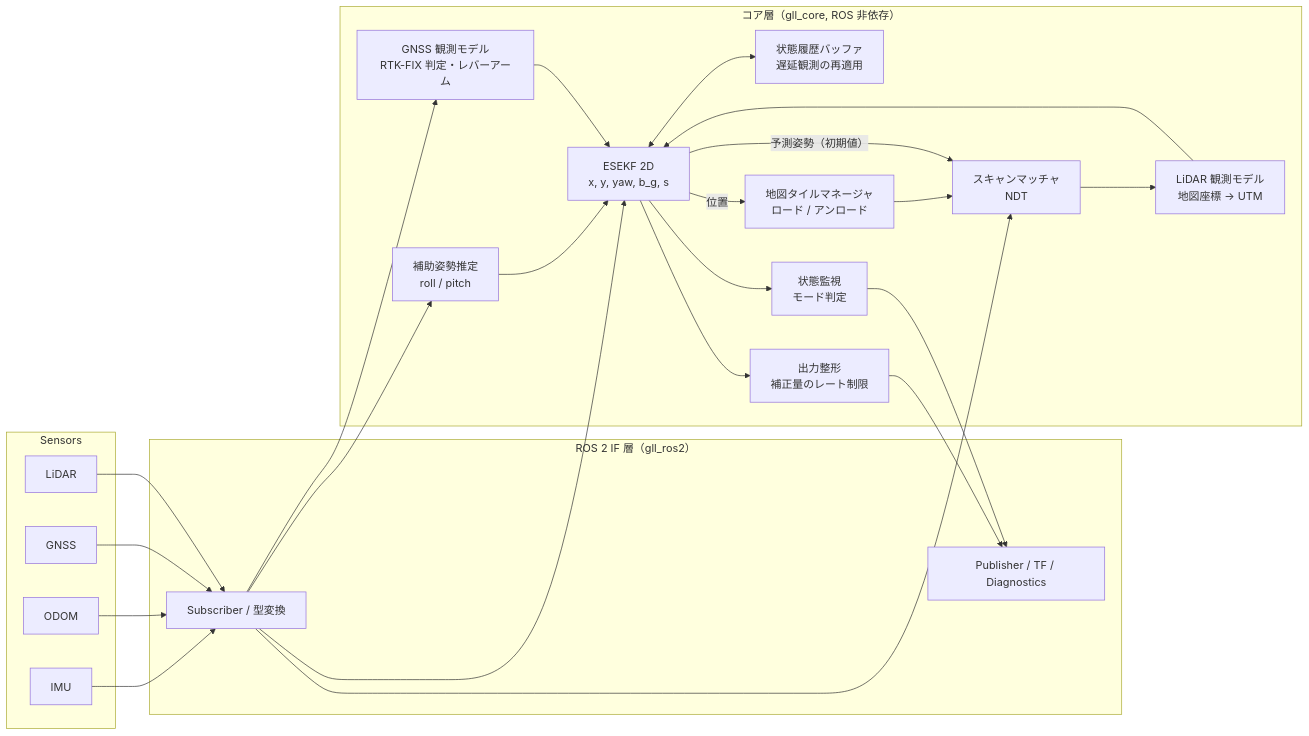
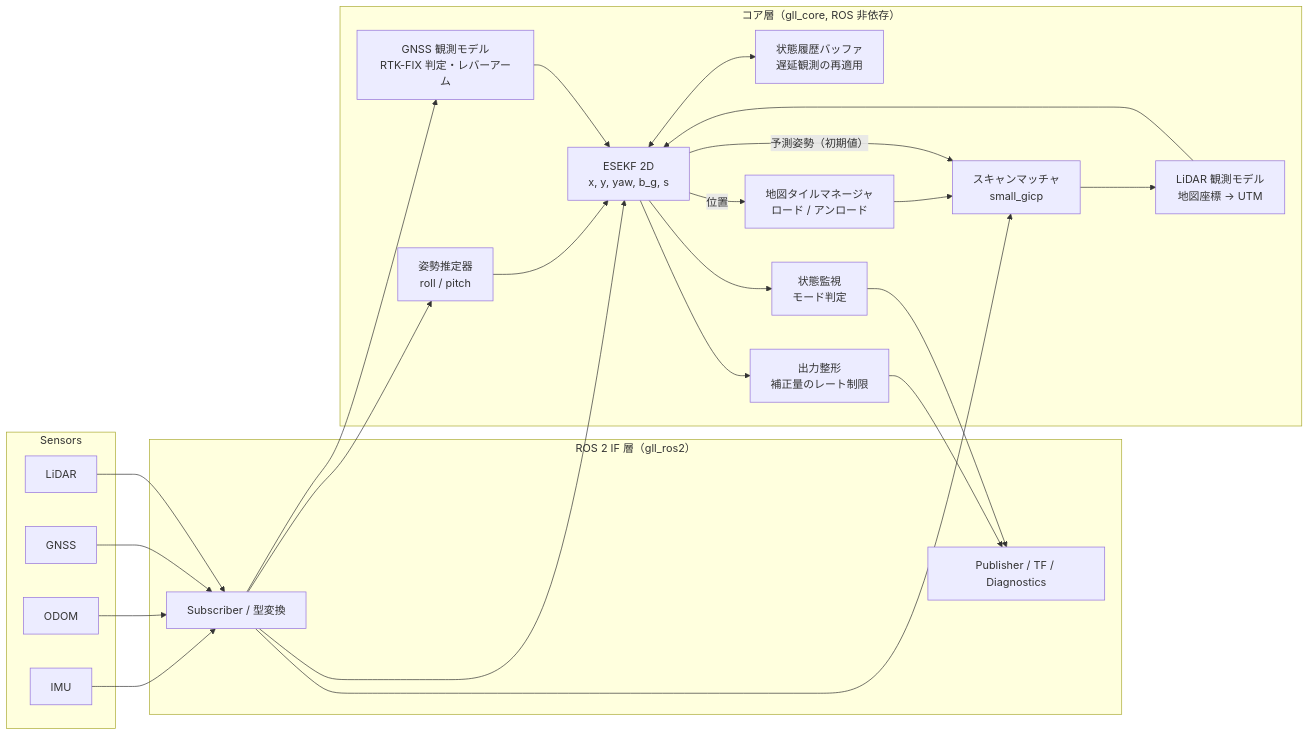
One commit to mamoru1126/gnss_and_lidar_localization changed the first of 3 diagrams in docs/design.md. Above: the diagram before and after it, drawn with Mermaid. The commit also changed other lines of this file, not shown here.

First line of the commit message:
docs: 設計書 v0.2（F9P/6軸IMU/6km/h 前提、small_gicp、IEKF 検討を反映）

````diff
--- a/docs/design.md
+++ b/docs/design.md
@@ -26,42 +40,42 @@
 ```mermaid
 flowchart LR
   subgraph Sensors
     IMU[IMU]
     ODOM[ODOM]
     GNSS[GNSS]
     LIDAR[LiDAR]
   end
 
   subgraph ROS2_IF["ROS 2 IF 層（gll_ros2）"]
     SUB[Subscriber / 型変換]
     PUB[Publisher / TF / Diagnostics]
   end
 
   subgraph Core["コア層（gll_core, ROS 非依存）"]
-    AHRS[補助姿勢推定<br/>roll / pitch]
+    ATT[姿勢推定器<br/>roll / pitch]
     EKF[ESEKF 2D<br/>x, y, yaw, b_g, s]
     HIST[状態履歴バッファ<br/>遅延観測の再適用]
     GM[GNSS 観測モデル<br/>RTK-FIX 判定・レバーアーム]
     LM[LiDAR 観測モデル<br/>地図座標 → UTM]
-    SM[スキャンマッチャ<br/>NDT]
+    SM[スキャンマッチャ<br/>small_gicp]
     MTM[地図タイルマネージャ<br/>ロード / アンロード]
     OS[出力整形<br/>補正量のレート制限]
     ST[状態監視<br/>モード判定]
   end
 
   IMU --> SUB
   ODOM --> SUB
   GNSS --> SUB
   LIDAR --> SUB
-  SUB --> AHRS --> EKF
+  SUB --> ATT --> EKF
   SUB --> EKF
   SUB --> GM --> EKF
   SUB --> SM
   MTM --> SM
   EKF -- 予測姿勢（初期値）--> SM
   SM --> LM --> EKF
   EKF <--> HIST
   EKF -- 位置 --> MTM
   EKF --> OS --> PUB
   EKF --> ST --> PUB
 ```
````
